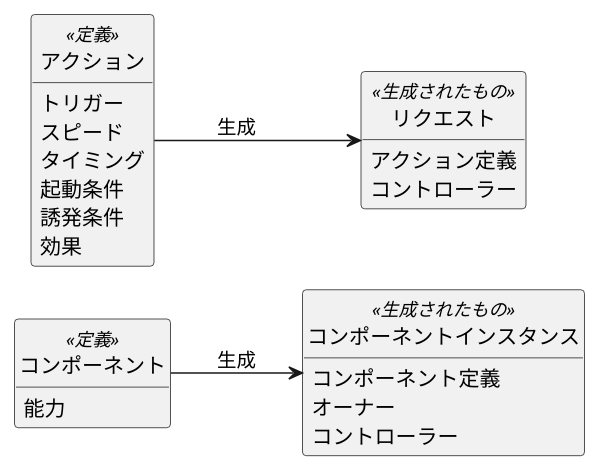
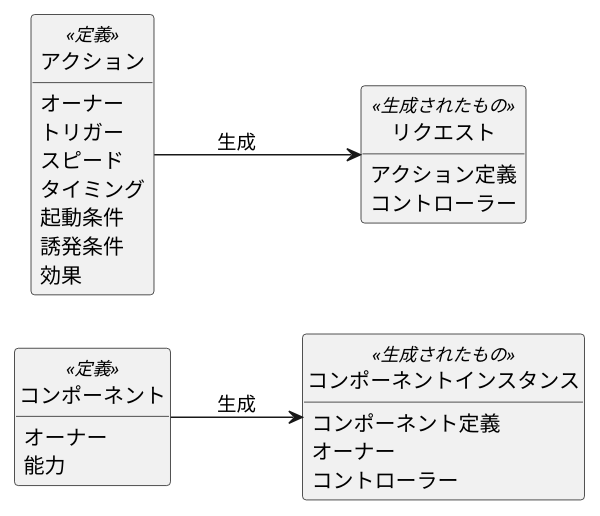
Before and after one commit to BlackPoker/BlackPoker: the diagram in source/core/core.rst, drawn with PlantUML. The commit also changed other lines of this file and 3 other files, not shown here.

```diff
--- a/source/core/core.rst
+++ b/source/core/core.rst
@@ -339,36 +355,38 @@
 .. uml:: 
     :caption: コントローラー属性
     :scale: 50%
 
     left to right direction
 
     hide methods
     hide circle
 
     class コンポーネント<<定義>> {
+        オーナー
         能力
     }
 
 
     class コンポーネントインスタンス<<生成されたもの>> {
         コンポーネント定義
         オーナー
         コントローラー
     }
 
     class アクション<<定義>> {
+        オーナー
         トリガー
         スピード
         タイミング
         起動条件
         誘発条件
         効果
     }
 
     class リクエスト<<生成されたもの>> {
         アクション定義
         コントローラー
     }
 
     アクション --> リクエスト : 生成 
     コンポーネント --> コンポーネントインスタンス : 生成 
```
